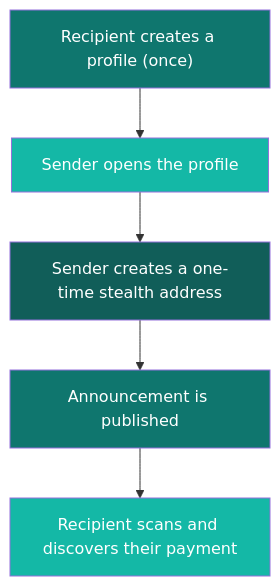
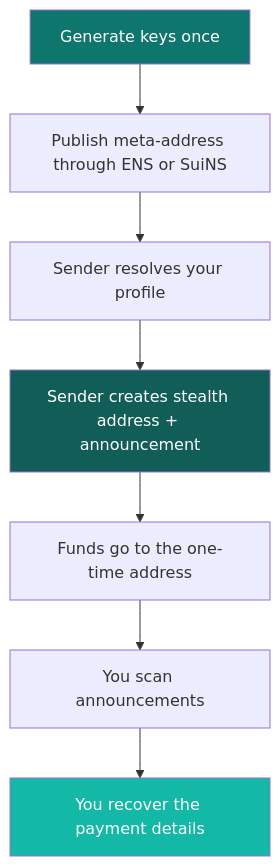
The diagram in getting-started/first-time-overview.mdx (specter-privacy/docs), drawn with Mermaid before and after one commit. The commit also changed other lines of this file and 26 other files, not shown here.

````diff
--- a/getting-started/first-time-overview.mdx
+++ b/getting-started/first-time-overview.mdx
@@ -57,13 +76,13 @@
 ```mermaid
 flowchart TD
-    A["Recipient creates a profile (once)"] --> B["Sender opens the profile"]
-    B --> C["Sender creates a one-time stealth address"]
-    C --> D["Announcement is published"]
-    D --> E["Recipient scans and discovers their payment"]
+    A["Generate keys once"] --> B["Publish meta-address through ENS or SuiNS"]
+    B --> C["Sender resolves your profile"]
+    C --> D["Sender creates stealth address + announcement"]
+    D --> E["Funds go to the one-time address"]
+    E --> F["You scan announcements"]
+    F --> G["You recover the payment details"]
 
     style A fill:#0f766e,color:#fff
-    style B fill:#14b8a6,color:#fff
-    style C fill:#115e59,color:#fff
-    style D fill:#0f766e,color:#fff
-    style E fill:#14b8a6,color:#fff
+    style D fill:#115e59,color:#fff
+    style G fill:#14b8a6,color:#fff
 ```
````
